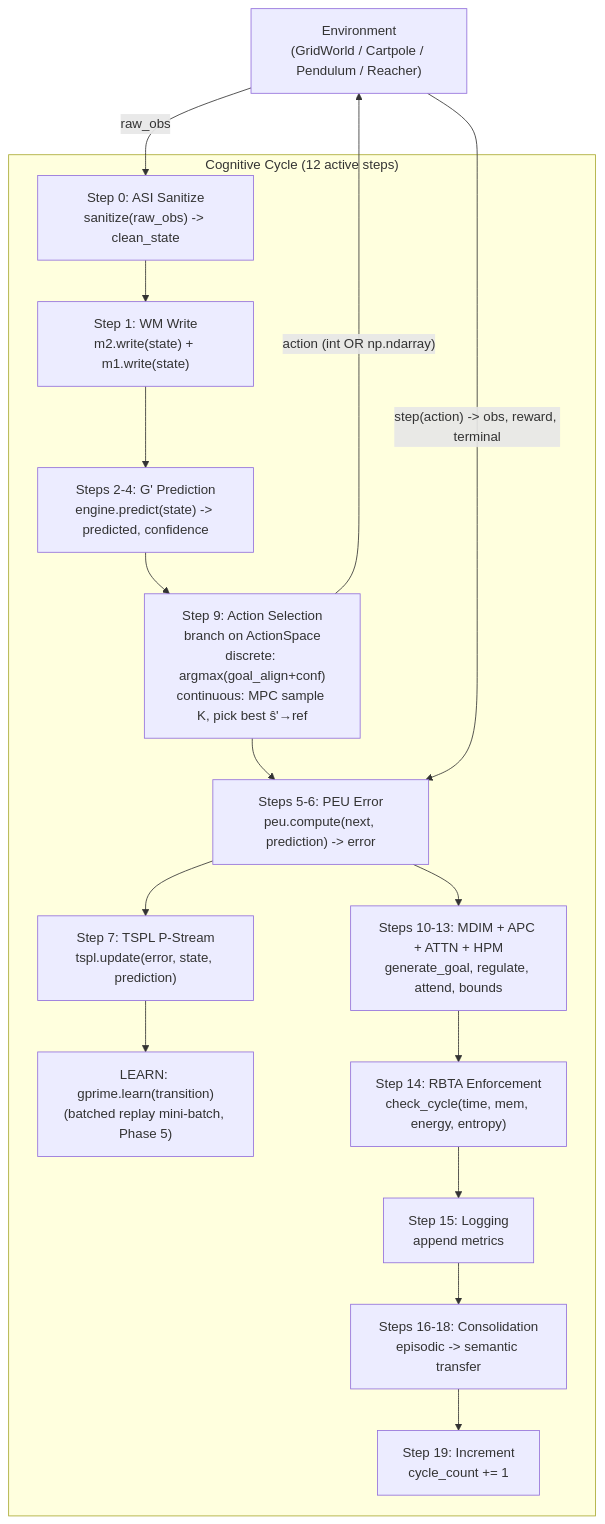
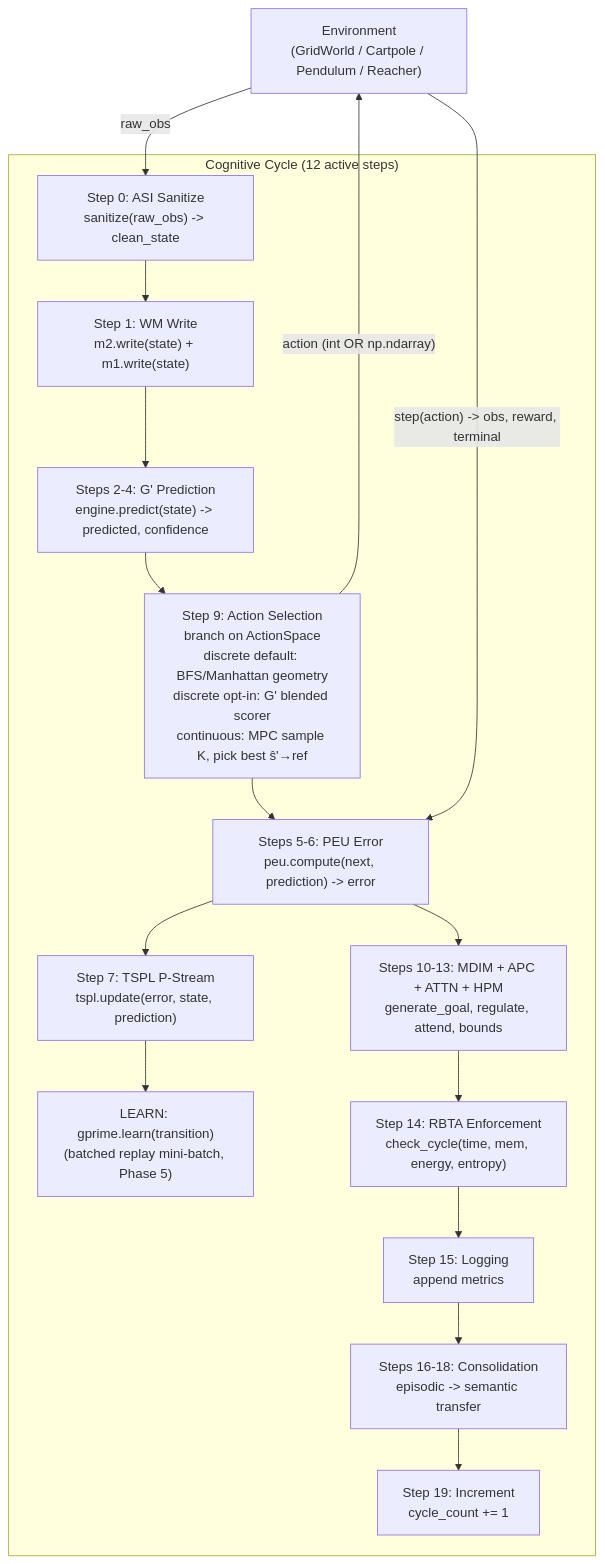
Before and after one commit to ali-baneshi/phca-v3: the diagram in docs/architecture.md, drawn with Mermaid. The commit also changed other lines of this file and 32 other files, not shown here.

````diff
--- a/docs/architecture.md
+++ b/docs/architecture.md
@@ -25,23 +33,23 @@
 ```mermaid
 flowchart TD
     ENV["Environment<br/>(GridWorld / Cartpole / Pendulum / Reacher)"] -- "raw_obs" --> ASI
     subgraph cycle ["Cognitive Cycle (12 active steps)"]
       ASI["Step 0: ASI Sanitize<br/>sanitize(raw_obs) -> clean_state"]
       WM["Step 1: WM Write<br/>m2.write(state) + m1.write(state)"]
       PE["Steps 2-4: G' Prediction<br/>engine.predict(state) -> predicted, confidence"]
       PEU["Steps 5-6: PEU Error<br/>peu.compute(next, prediction) -> error"]
       TSPL["Step 7: TSPL P-Stream<br/>tspl.update(error, state, prediction)"]
       LEARN["LEARN: gprime.learn(transition)<br/>(batched replay mini-batch, Phase 5)"]
-      ACT["Step 9: Action Selection<br/>branch on ActionSpace<br/>discrete: argmax(goal_align+conf)<br/>continuous: MPC sample K, pick best ŝ'→ref"]
+      ACT["Step 9: Action Selection<br/>branch on ActionSpace<br/>discrete default: BFS/Manhattan geometry<br/>discrete opt-in: G' blended scorer<br/>continuous: MPC sample K, pick best ŝ'→ref"]
       REG["Steps 10-13: MDIM + APC + ATTN + HPM<br/>generate_goal, regulate, attend, bounds"]
       RBTA["Step 14: RBTA Enforcement<br/>check_cycle(time, mem, energy, entropy)"]
       LOG["Step 15: Logging<br/>append metrics"]
       CONSOL["Steps 16-18: Consolidation<br/>episodic -> semantic transfer"]
       INC["Step 19: Increment<br/>cycle_count += 1"]
       ASI --> WM --> PE --> ACT
       ACT --> PEU --> TSPL --> LEARN
       PEU --> REG --> RBTA --> LOG --> CONSOL --> INC
     end
     ACT -- "action (int OR np.ndarray)" --> ENV
     ENV -- "step(action) -> obs, reward, terminal" --> PEU
 ```
````
